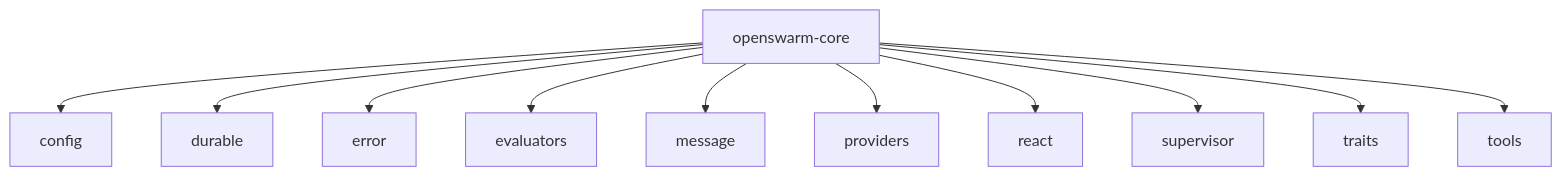
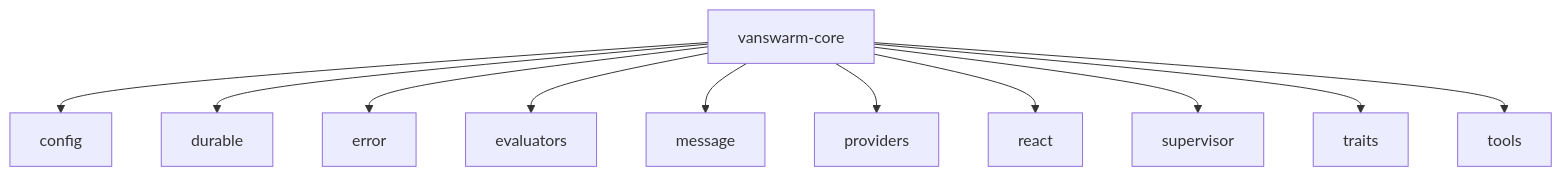
The first of 9 diagrams in documentation/architecture/01-core.md (Van-Nice/van-swarm), drawn with Mermaid before and after one commit. The commit also changed other lines of this file and 80 other files, not shown here.

````diff
--- a/documentation/architecture/01-core.md
+++ b/documentation/architecture/01-core.md
@@ -7,24 +7,24 @@
 ```mermaid
 flowchart TD
-  openswarm_core["openswarm-core"]
+  vanswarm_core["vanswarm-core"]
   config["config"]
   durable["durable"]
   error["error"]
   evaluators["evaluators"]
   message["message"]
   providers["providers"]
   react["react"]
   supervisor["supervisor"]
   traits["traits"]
   tools["tools"]
-  openswarm_core --> config
-  openswarm_core --> durable
-  openswarm_core --> error
-  openswarm_core --> evaluators
-  openswarm_core --> message
-  openswarm_core --> providers
-  openswarm_core --> react
-  openswarm_core --> supervisor
-  openswarm_core --> traits
-  openswarm_core --> tools
+  vanswarm_core --> config
+  vanswarm_core --> durable
+  vanswarm_core --> error
+  vanswarm_core --> evaluators
+  vanswarm_core --> message
+  vanswarm_core --> providers
+  vanswarm_core --> react
+  vanswarm_core --> supervisor
+  vanswarm_core --> traits
+  vanswarm_core --> tools
 ```
````
